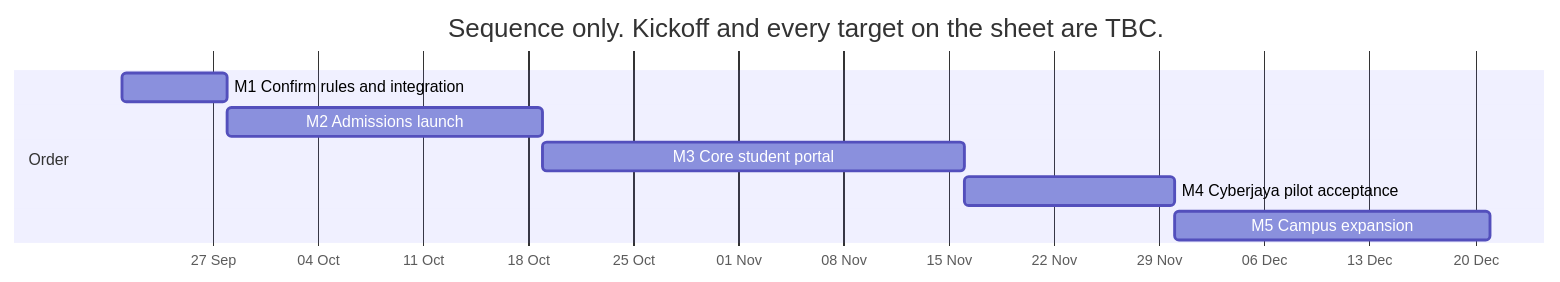
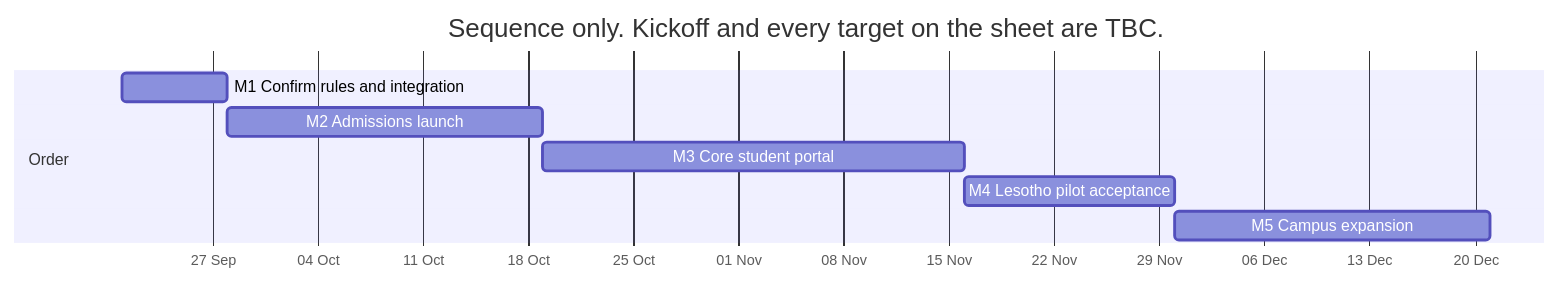
Before and after one commit to raisd-campus/portal-api-docs: the first of 2 diagrams in sdd/13-progress-timeline.md, drawn with Mermaid. The commit also changed other lines of this file and 63 other files, not shown here.

First line of the commit message:
Publish Lesotho-first pilot structure on GitHub Pages.

````diff
--- a/sdd/13-progress-timeline.md
+++ b/sdd/13-progress-timeline.md
@@ -58,12 +58,12 @@
 ```mermaid
 gantt
     title Sequence only. Kickoff and every target on the sheet are TBC.
     dateFormat YYYY-MM-DD
     axisFormat %d %b
     section Order
     M1 Confirm rules and integration     :m1, 2026-09-21, 7d
     M2 Admissions launch                 :m2, after m1, 21d
     M3 Core student portal               :m3, after m2, 28d
-    M4 Cyberjaya pilot acceptance        :m4, after m3, 14d
+    M4 Lesotho pilot acceptance          :m4, after m3, 14d
     M5 Campus expansion                  :m5, after m4, 21d
 ```
````
